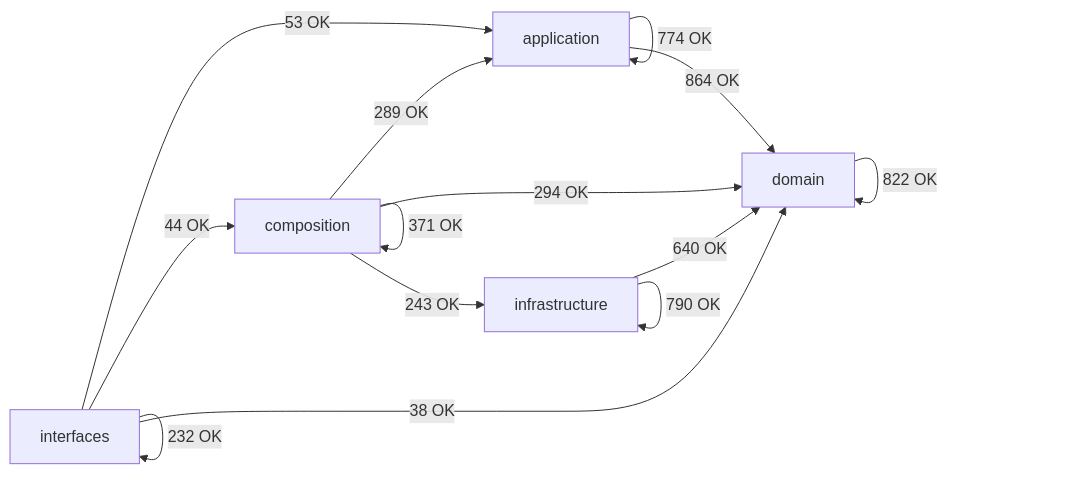
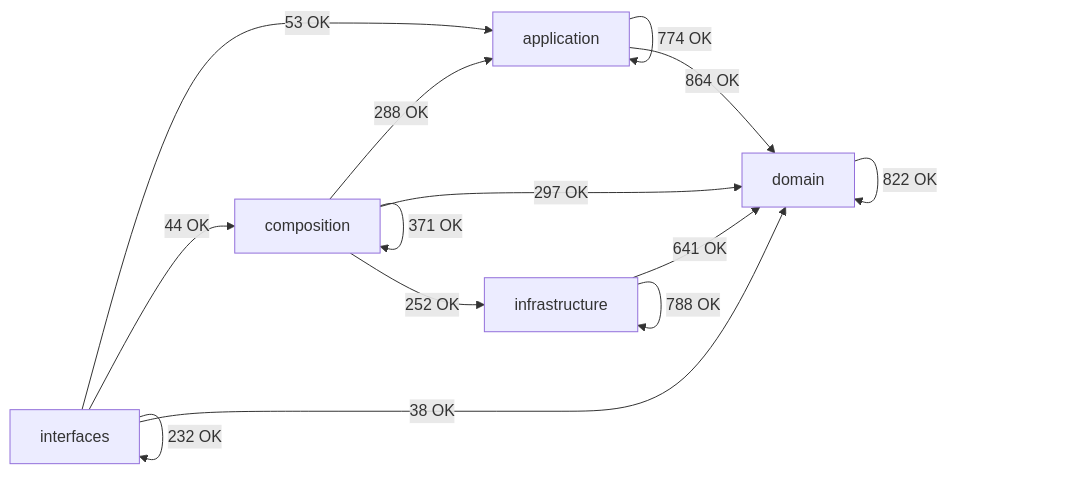
One commit to SatoryKono/BioactivityDataAcquisition changed the diagram in docs/02-architecture/generated/module-dependency-map.md. Above: the diagram before and after it, drawn with Mermaid. The commit also changed other lines of this file and 44 other files, not shown here.

````diff
--- a/docs/02-architecture/generated/module-dependency-map.md
+++ b/docs/02-architecture/generated/module-dependency-map.md
@@ -17,21 +17,21 @@
 ```mermaid
 flowchart LR
     domain[domain]
     application[application]
     infrastructure[infrastructure]
     composition[composition]
     interfaces[interfaces]
     application -->|774 OK| application
     application -->|864 OK| domain
-    composition -->|289 OK| application
+    composition -->|288 OK| application
     composition -->|371 OK| composition
-    composition -->|294 OK| domain
-    composition -->|243 OK| infrastructure
+    composition -->|297 OK| domain
+    composition -->|252 OK| infrastructure
     domain -->|822 OK| domain
-    infrastructure -->|640 OK| domain
-    infrastructure -->|790 OK| infrastructure
+    infrastructure -->|641 OK| domain
+    infrastructure -->|788 OK| infrastructure
     interfaces -->|53 OK| application
     interfaces -->|44 OK| composition
     interfaces -->|38 OK| domain
     interfaces -->|232 OK| interfaces
 ```
````
